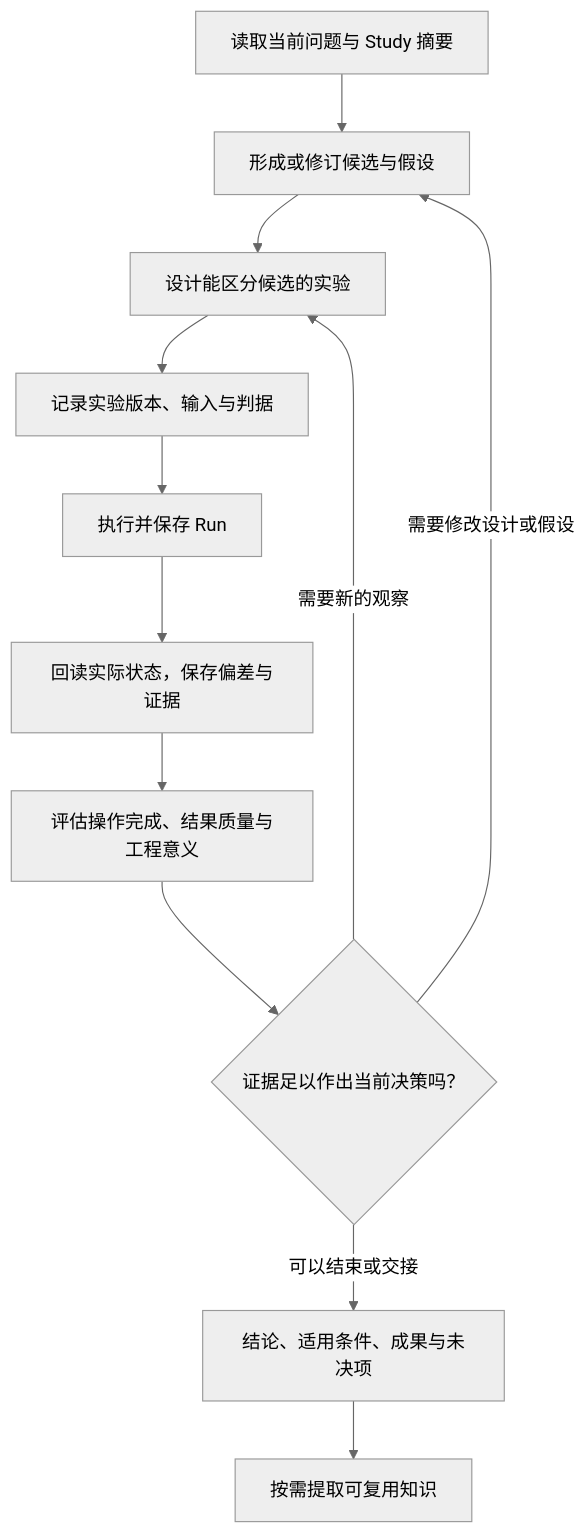
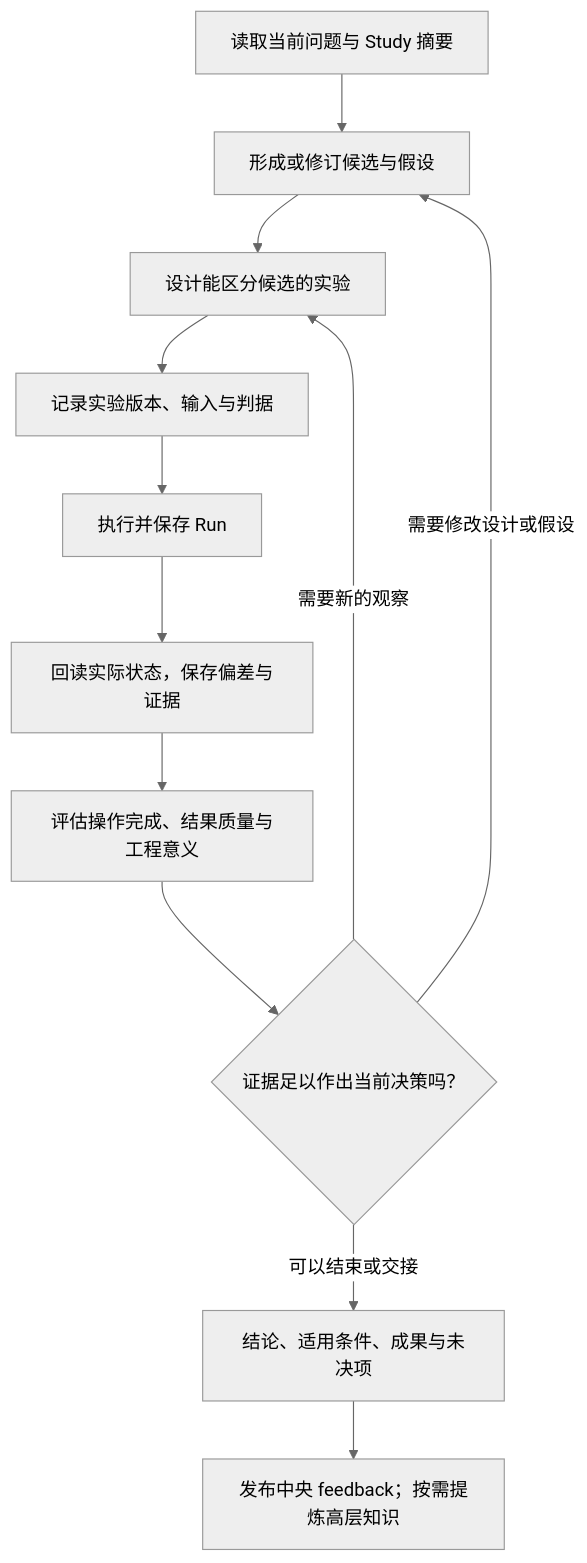
Before and after one commit to TuKJet/EDS-Agent: the second of 6 diagrams in docs/design-overview.md, drawn with Mermaid (neutral theme). The commit also changed other lines of this file and 48 other files, not shown here.

First line of the commit message:
feat: add product takeover and graph knowledge with engineering showcases

````diff
--- a/docs/design-overview.md
+++ b/docs/design-overview.md
@@ -66,14 +66,14 @@
 ```mermaid
 flowchart TD
     A["读取当前问题与 Study 摘要"] --> B["形成或修订候选与假设"]
     B --> C["设计能区分候选的实验"]
     C --> D["记录实验版本、输入与判据"]
     D --> E["执行并保存 Run"]
     E --> F["回读实际状态，保存偏差与证据"]
     F --> G["评估操作完成、结果质量与工程意义"]
     G --> H{"证据足以作出当前决策吗？"}
     H -->|"需要新的观察"| C
     H -->|"需要修改设计或假设"| B
     H -->|"可以结束或交接"| I["结论、适用条件、成果与未决项"]
-    I --> J["按需提取可复用知识"]
+    I --> J["发布中央 feedback；按需提炼高层知识"]
 ```
````
